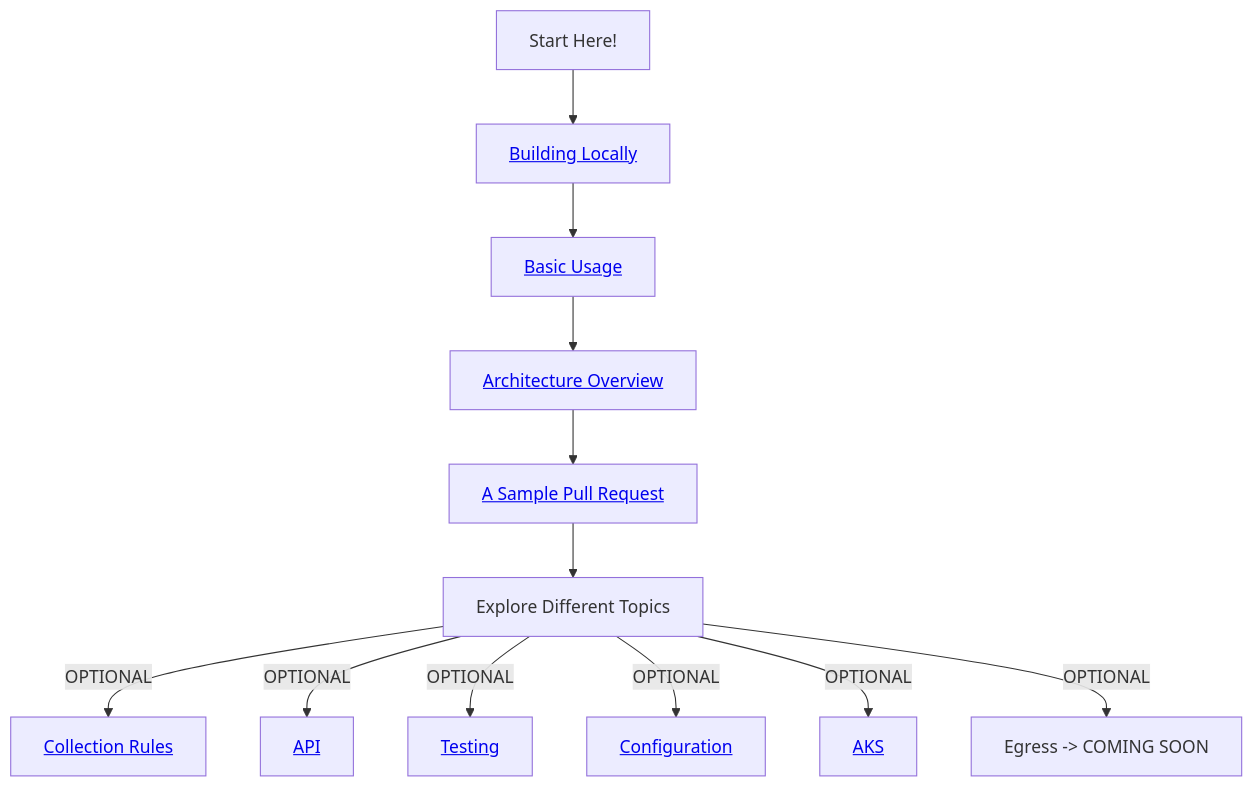
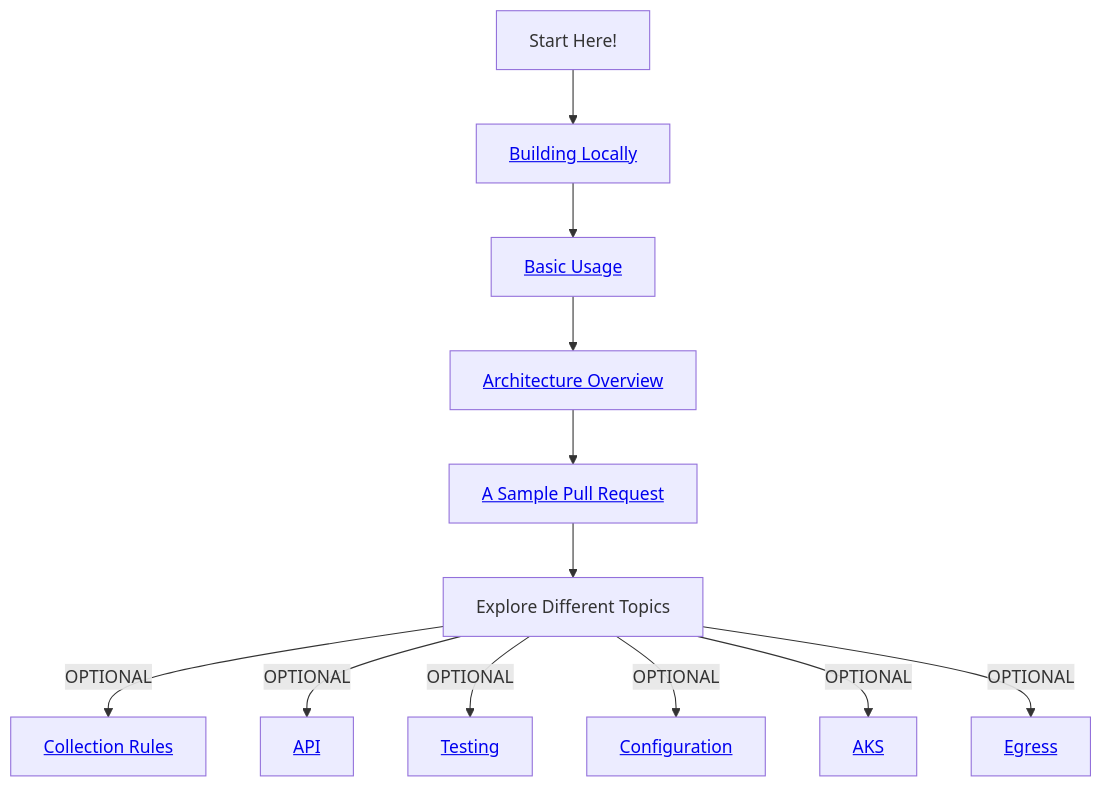
One commit to dotnet/dotnet-monitor changed the diagram in documentation/learningPath/README.md. Above: the diagram before and after it, drawn with Mermaid.

````diff
--- a/documentation/learningPath/README.md
+++ b/documentation/learningPath/README.md
@@ -12,14 +12,14 @@
 ```mermaid
 graph TD
     B[Start Here!] --> C[<a href='https://github.com/dotnet/dotnet-monitor/blob/main/documentation/building.md'>Building Locally</a>]
     C --> D[<a href='https://github.com/dotnet/dotnet-monitor/blob/main/documentation/learningPath/basic-usage.md'>Basic Usage</a>]
     D --> E[<a href='https://github.com/dotnet/dotnet-monitor/blob/main/documentation/learningPath/architecture.md'>Architecture Overview</a>]
     E --> F[<a href='https://github.com/dotnet/dotnet-monitor/blob/main/documentation/learningPath/sample-pull-request.md'>A Sample Pull Request</a>]
     F --> G[Explore Different Topics]
     G --> |OPTIONAL| H[<a href='https://github.com/dotnet/dotnet-monitor/blob/main/documentation/learningPath/collectionrules.md'>Collection Rules</a>]
     G --> |OPTIONAL| I[<a href='https://github.com/dotnet/dotnet-monitor/blob/main/documentation/learningPath/api.md'>API</a>]
     G --> |OPTIONAL| J[<a href='https://github.com/dotnet/dotnet-monitor/blob/main/documentation/learningPath/testing.md'>Testing</a>]
     G --> |OPTIONAL| K[<a href='https://github.com/dotnet/dotnet-monitor/blob/main/documentation/learningPath/configuration.md'>Configuration</a>]
     G --> |OPTIONAL| L[<a href='https://github.com/dotnet/dotnet-monitor/blob/main/documentation/learningPath/aks.md'>AKS</a>]
-    G --> |OPTIONAL| M[Egress -> COMING SOON]
+    G --> |OPTIONAL| M[<a href='https://github.com/dotnet/dotnet-monitor/blob/main/documentation/learningPath/egress.md'>Egress</a>]
 ```
````
